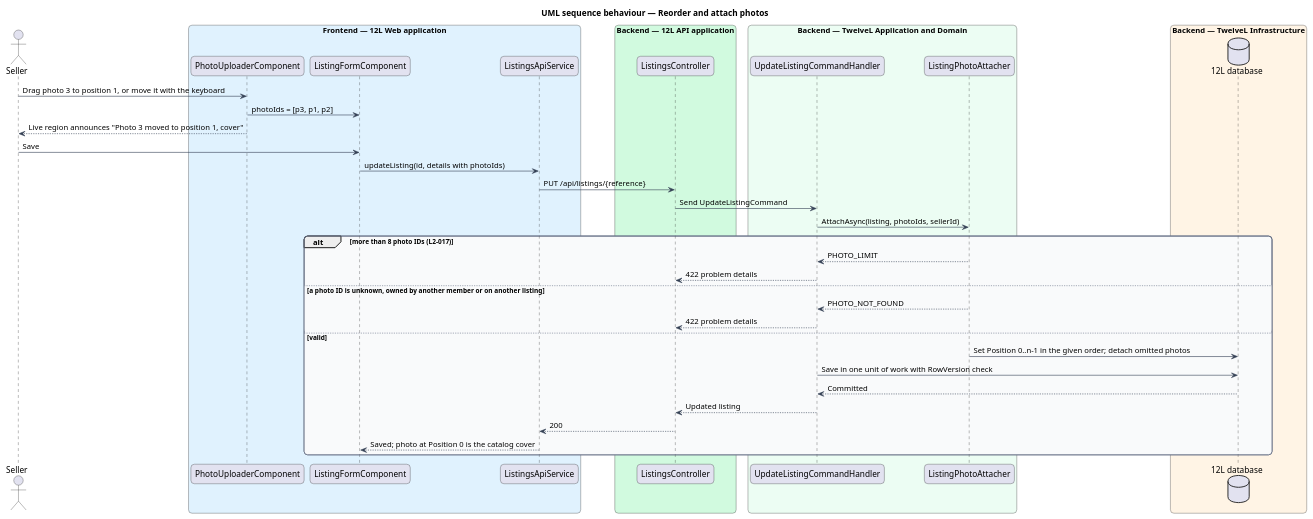
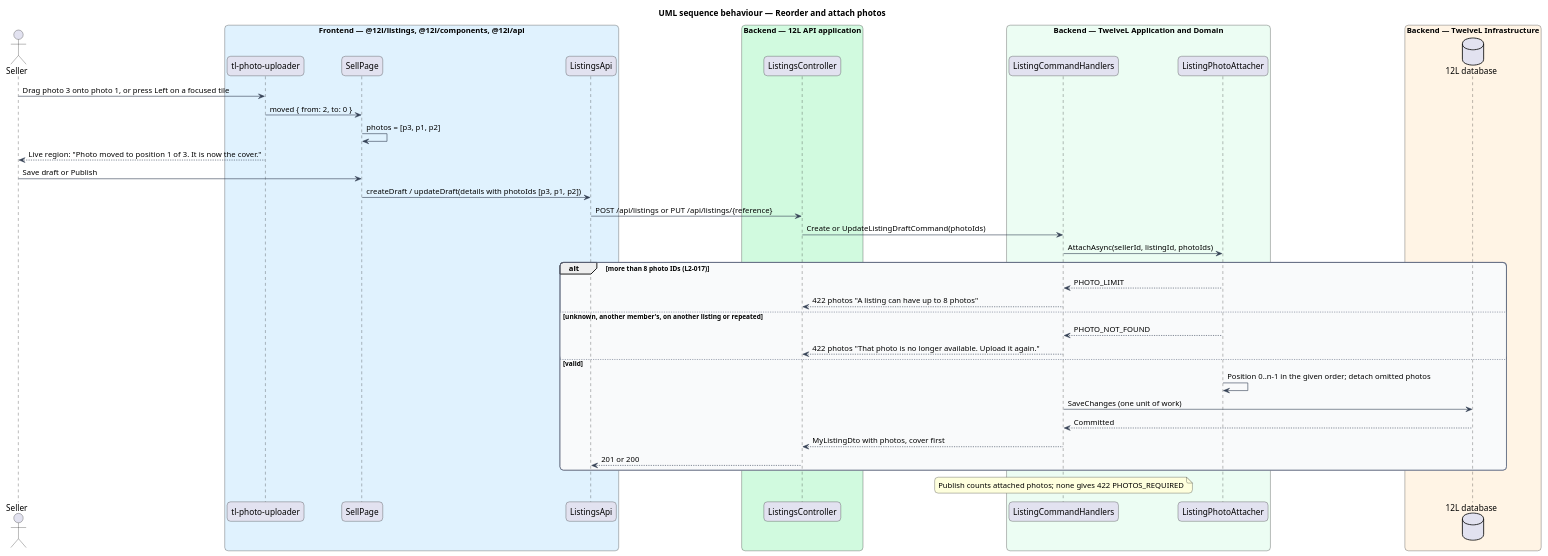
One commit to QuinntyneBrown/12l changed the diagram in docs/detailed-designs/listings/upload-listing-photos/diagrams/sequence-reorder-photos.puml. Above: the diagram before and after it, drawn with PlantUML. The commit also changed 57 other files, not shown here.

Commit message:
Document upload-listing-photos: design, ADRs, design system, composition, estimates

```diff
--- a/docs/detailed-designs/listings/upload-listing-photos/diagrams/sequence-reorder-photos.puml
+++ b/docs/detailed-designs/listings/upload-listing-photos/diagrams/sequence-reorder-photos.puml
@@ -1,55 +1,56 @@
 @startuml
 title UML sequence behaviour — Reorder and attach photos
 skinparam backgroundColor #FFFFFF
 skinparam shadowing false
 skinparam roundcorner 12
 skinparam defaultFontName Arial
 skinparam ArrowColor #344054
 skinparam rectangle {
   BorderColor #344054
   FontColor #101828
 }
 skinparam package {
   BorderColor #667085
   FontColor #101828
   BackgroundColor #F9FAFB
 }
 actor "Seller" as actor
-box "Frontend — 12L Web application" #E0F2FE
-  participant "PhotoUploaderComponent" as up
-  participant "ListingFormComponent" as form
-  participant "ListingsApiService" as client
+box "Frontend — @12l/listings, @12l/components, @12l/api" #E0F2FE
+  participant "tl-photo-uploader" as up
+  participant "SellPage" as form
+  participant "ListingsApi" as client
 end box
 box "Backend — 12L API application" #D1FADF
   participant "ListingsController" as controller
 end box
 box "Backend — TwelveL Application and Domain" #ECFDF3
-  participant "UpdateListingCommandHandler" as handler
+  participant "ListingCommandHandlers" as handler
   participant "ListingPhotoAttacher" as attacher
 end box
 box "Backend — TwelveL Infrastructure" #FFF4E5
   database "12L database" as db
 end box
-actor -> up : Drag photo 3 to position 1, or move it with the keyboard
-up -> form : photoIds = [p3, p1, p2]
-up --> actor : Live region announces "Photo 3 moved to position 1, cover"
-actor -> form : Save
-form -> client : updateListing(id, details with photoIds)
-client -> controller : PUT /api/listings/{reference}
-controller -> handler : Send UpdateListingCommand
-handler -> attacher : AttachAsync(listing, photoIds, sellerId)
+actor -> up : Drag photo 3 onto photo 1, or press Left on a focused tile
+up -> form : moved { from: 2, to: 0 }
+form -> form : photos = [p3, p1, p2]
+up --> actor : Live region: "Photo moved to position 1 of 3. It is now the cover."
+actor -> form : Save draft or Publish
+form -> client : createDraft / updateDraft(details with photoIds [p3, p1, p2])
+client -> controller : POST /api/listings or PUT /api/listings/{reference}
+controller -> handler : Create or UpdateListingDraftCommand(photoIds)
+handler -> attacher : AttachAsync(sellerId, listingId, photoIds)
 alt more than 8 photo IDs (L2-017)
   attacher --> handler : PHOTO_LIMIT
-  handler --> controller : 422 problem details
-else a photo ID is unknown, owned by another member or on another listing
+  handler --> controller : 422 photos "A listing can have up to 8 photos"
+else unknown, another member's, on another listing or repeated
   attacher --> handler : PHOTO_NOT_FOUND
-  handler --> controller : 422 problem details
+  handler --> controller : 422 photos "That photo is no longer available. Upload it again."
 else valid
-  attacher -> db : Set Position 0..n-1 in the given order; detach omitted photos
-  handler -> db : Save in one unit of work with RowVersion check
+  attacher -> attacher : Position 0..n-1 in the given order; detach omitted photos
+  handler -> db : SaveChanges (one unit of work)
   db --> handler : Committed
-  handler --> controller : Updated listing
-  controller --> client : 200
-  client --> form : Saved; photo at Position 0 is the catalog cover
+  handler --> controller : MyListingDto with photos, cover first
+  controller --> client : 201 or 200
 end
+note over handler : Publish counts attached photos; none gives 422 PHOTOS_REQUIRED
 @enduml
```
